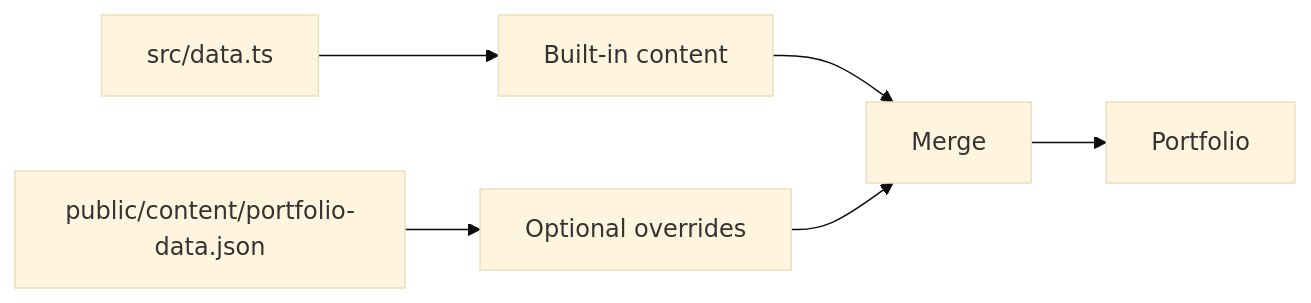
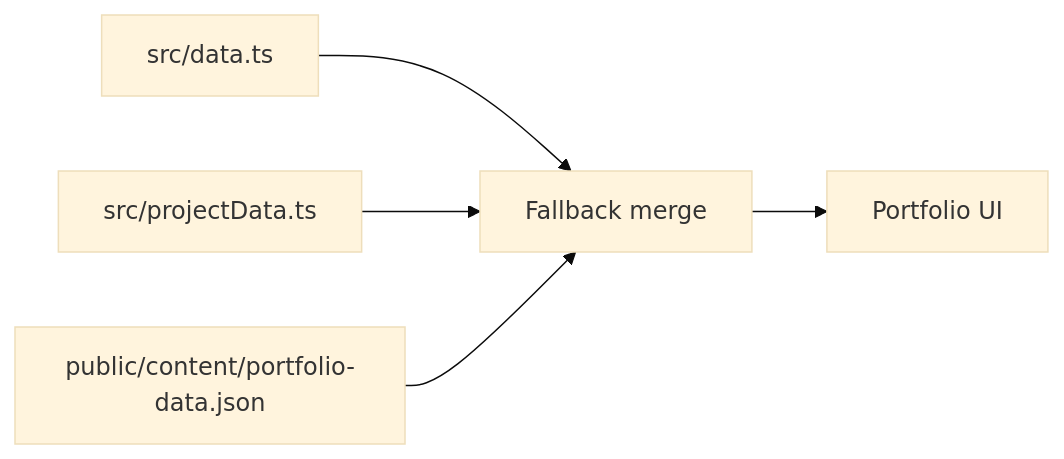
Before and after one commit to SidheshwarSarangal/portfoionew: the second of 9 diagrams in docs/CONTENT_PROVIDERS.md, drawn with Mermaid (base theme). The commit also changed other lines of this file and 8 other files, not shown here.

````diff
--- a/docs/CONTENT_PROVIDERS.md
+++ b/docs/CONTENT_PROVIDERS.md
@@ -27,8 +30,7 @@
 ```mermaid
 flowchart LR
-  Data[src/data.ts] --> Fallback[Built-in content]
-  JSON[public/content/portfolio-data.json] --> Override[Optional overrides]
-  Fallback --> Merge[Merge]
-  Override --> Merge
-  Merge --> UI[Portfolio]
+  Data[src/data.ts] --> Merge[Fallback merge]
+  Projects[src/projectData.ts] --> Merge
+  JSON[public/content/portfolio-data.json] --> Merge
+  Merge --> UI[Portfolio UI]
 ```
````
